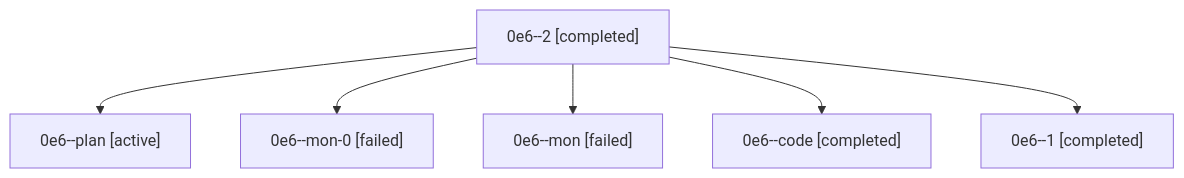
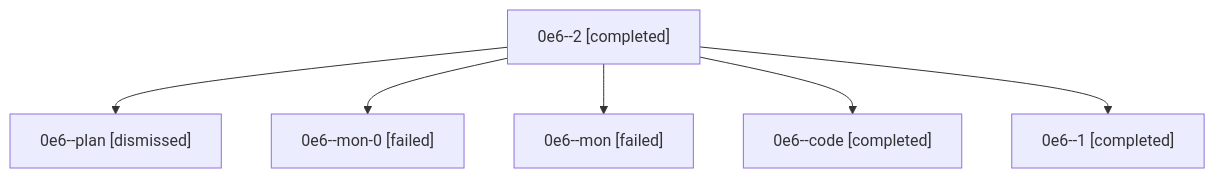
One commit to sase-org/sase--agents changed the diagram in sessions/bbugyi200.athena.0e6.md. Above: the diagram before and after it, drawn with Mermaid. The commit also changed other lines of this file and 24 other files, not shown here.

````diff
--- a/sessions/bbugyi200.athena.0e6.md
+++ b/sessions/bbugyi200.athena.0e6.md
@@ -9,14 +9,14 @@
 ```mermaid
 flowchart TD
   n0["0e6--2 [completed]"]
-  n1["0e6--plan [active]"]
+  n1["0e6--plan [dismissed]"]
   n0 --> n1
   n2["0e6--mon-0 [failed]"]
   n0 --> n2
   n3["0e6--mon [failed]"]
   n0 --> n3
   n4["0e6--code [completed]"]
   n0 --> n4
   n5["0e6--1 [completed]"]
   n0 --> n5
 ```
````
